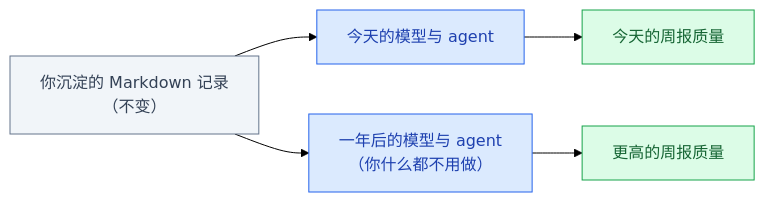
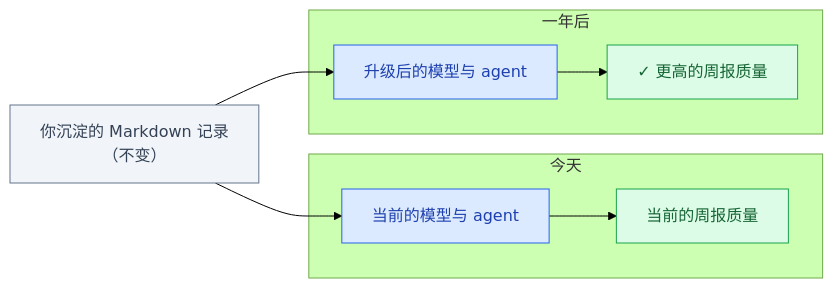
One commit to masonsxu/notes changed the fourth of 12 diagrams in ppt/ppt2-advanced/opencode-advanced-techniques.md. Above: the diagram before and after it, drawn with Mermaid (forest theme). The commit also changed other lines of this file and 1 other file, not shown here.

First line of the commit message:
refactor: 依 design-doc-mermaid 标准重检全部图表（17→22 张）

````diff
--- a/ppt/ppt2-advanced/opencode-advanced-techniques.md
+++ b/ppt/ppt2-advanced/opencode-advanced-techniques.md
@@ -174,12 +180,16 @@
 ```mermaid
 flowchart LR
     classDef artifact fill:#F1F5F9,stroke:#64748B,color:#334155
     classDef agent fill:#DBEAFE,stroke:#2563EB,color:#1E40AF
     classDef gate fill:#DCFCE7,stroke:#16A34A,color:#166534
 
     R["你沉淀的 Markdown 记录<br/>（不变）"]:::artifact
-    R --> M1["今天的模型与 agent"]:::agent
-    R --> M2["一年后的模型与 agent<br/>（你什么都不用做）"]:::agent
-    M1 --> O1["今天的周报质量"]:::gate
-    M2 --> O2["更高的周报质量"]:::gate
+    subgraph NOW["今天"]
+        M1["当前的模型与 agent"]:::agent --> O1["当前的周报质量"]:::gate
+    end
+    subgraph FUTURE["一年后"]
+        M2["升级后的模型与 agent"]:::agent --> O2["✓ 更高的周报质量"]:::gate
+    end
+    R --> M1
+    R --> M2
 ```
````
